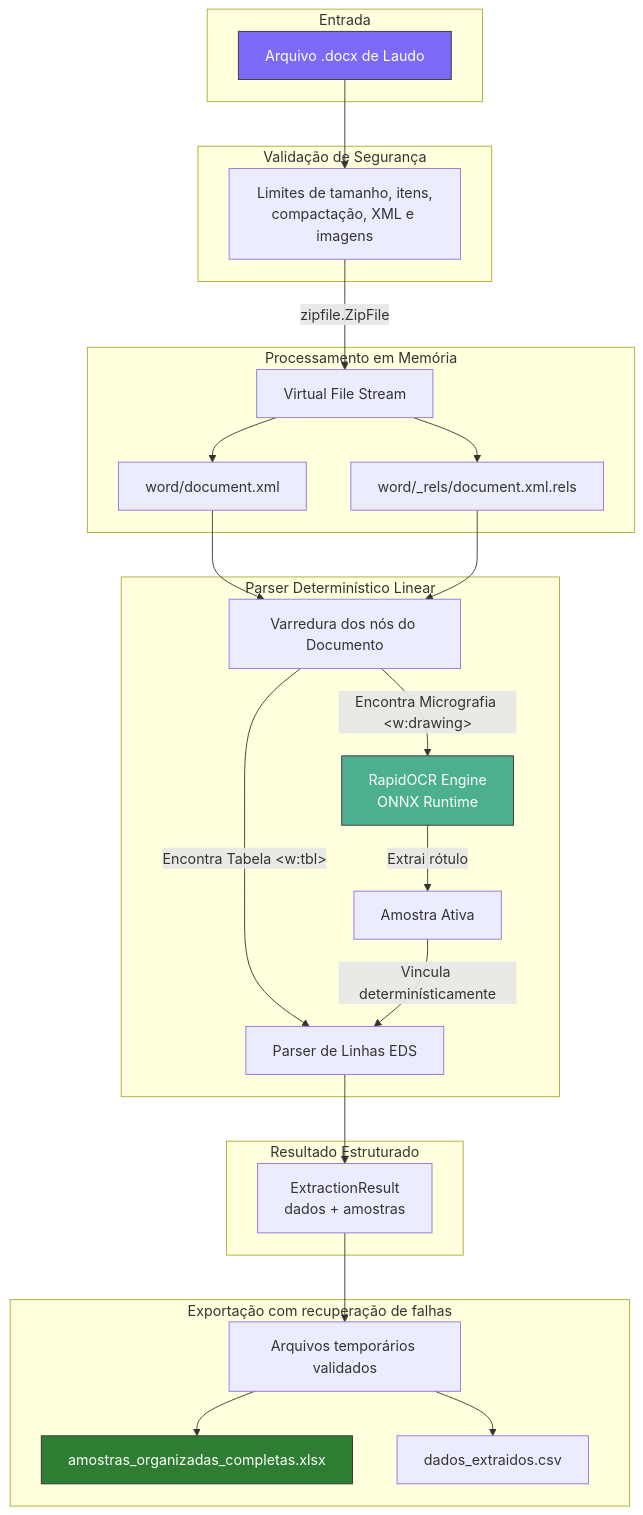
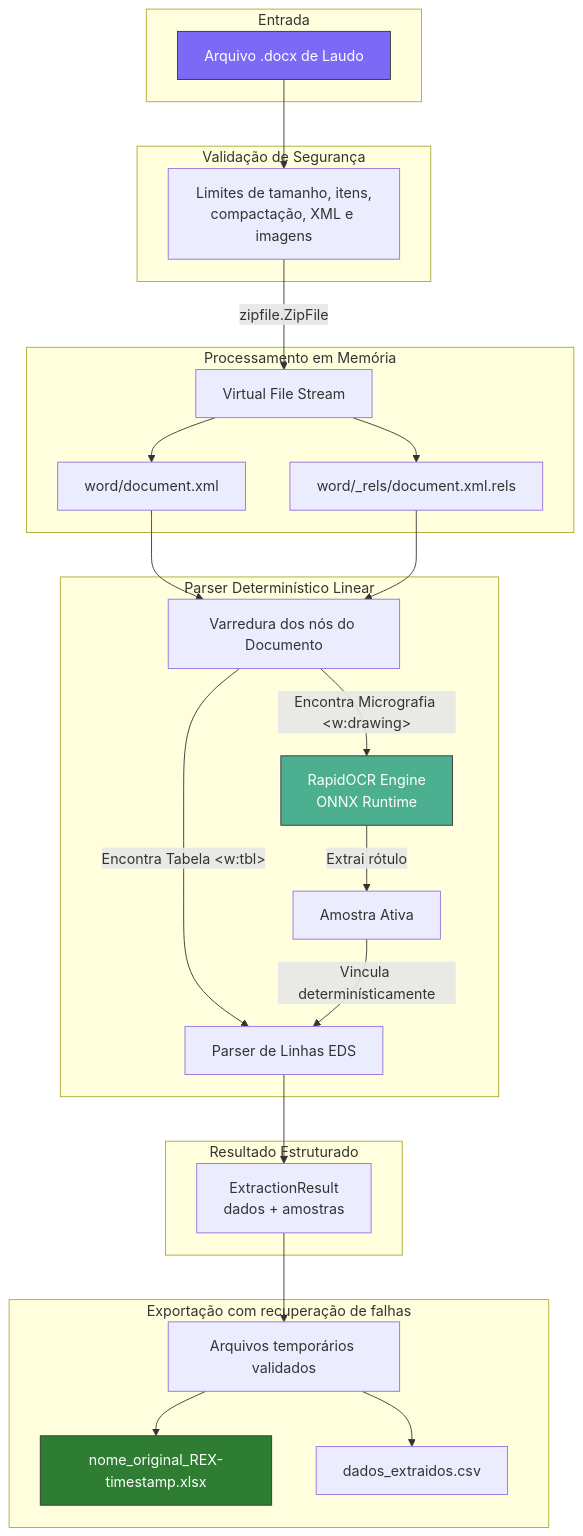
One commit to rodrigofpo/rex changed the diagram in docs/architecture.md. Above: the diagram before and after it, drawn with Mermaid. The commit also changed 6 other files, not shown here.

Commit message:
Name Excel exports after source document and timestamp

````diff
--- a/docs/architecture.md
+++ b/docs/architecture.md
@@ -9,41 +9,41 @@
 ```mermaid
 flowchart TD
     subgraph Entrada
         DOCX[Arquivo .docx de Laudo]
     end
 
     subgraph Validação de Segurança
         DOCX --> LIMITS[Limites de tamanho, itens,<br>compactação, XML e imagens]
     end
 
     subgraph Processamento em Memória
         LIMITS -->|zipfile.ZipFile| VFS[Virtual File Stream]
         VFS --> RELS[word/_rels/document.xml.rels]
         VFS --> DOCXML[word/document.xml]
     end
 
     subgraph Parser Determinístico Linear
         DOCXML --> ITER[Varredura dos nós do Documento]
         RELS --> ITER
 
         ITER -->|Encontra Micrografia &lt;w:drawing&gt;| OCR[RapidOCR Engine<br>ONNX Runtime]
         OCR -->|Extrai rótulo| SAMPLE[Amostra Ativa]
 
         ITER -->|Encontra Tabela &lt;w:tbl&gt;| TABLE[Parser de Linhas EDS]
         SAMPLE -->|Vincula determinísticamente| TABLE
     end
 
     subgraph Resultado Estruturado
         TABLE --> RESULT[ExtractionResult<br>dados + amostras]
     end
 
     subgraph Exportação com recuperação de falhas
         RESULT --> TEMP[Arquivos temporários validados]
-        TEMP --> EXCEL[amostras_organizadas_completas.xlsx]
+        TEMP --> EXCEL[nome_original_REX-timestamp.xlsx]
         TEMP --> CSV[dados_extraidos.csv]
     end
 
     style DOCX fill:#7c6af7,stroke:#333,color:#fff
     style OCR fill:#4caf90,stroke:#333,color:#fff
     style EXCEL fill:#2e7d32,stroke:#333,color:#fff
 ```
````
